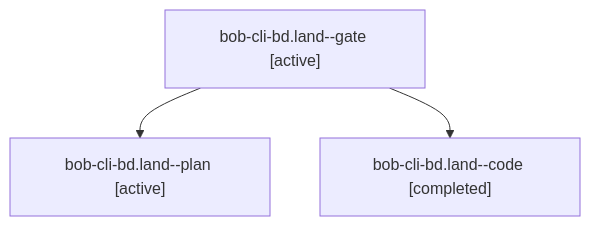
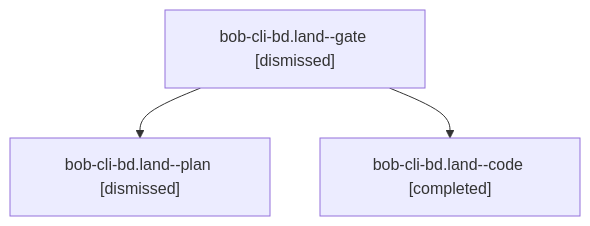
One commit to bobs-org/bob-cli--agents changed the diagram in sessions/bbugyi200.apollo.bob-cli-bd.land.md. Above: the diagram before and after it, drawn with Mermaid. The commit also changed other lines of this file and 214 other files, not shown here.

````diff
--- a/sessions/bbugyi200.apollo.bob-cli-bd.land.md
+++ b/sessions/bbugyi200.apollo.bob-cli-bd.land.md
@@ -9,8 +9,8 @@
 ```mermaid
 flowchart TD
-  n0["bob-cli-bd.land--gate [active]"]
-  n1["bob-cli-bd.land--plan [active]"]
+  n0["bob-cli-bd.land--gate [dismissed]"]
+  n1["bob-cli-bd.land--plan [dismissed]"]
   n0 --> n1
   n2["bob-cli-bd.land--code [completed]"]
   n0 --> n2
 ```
````
